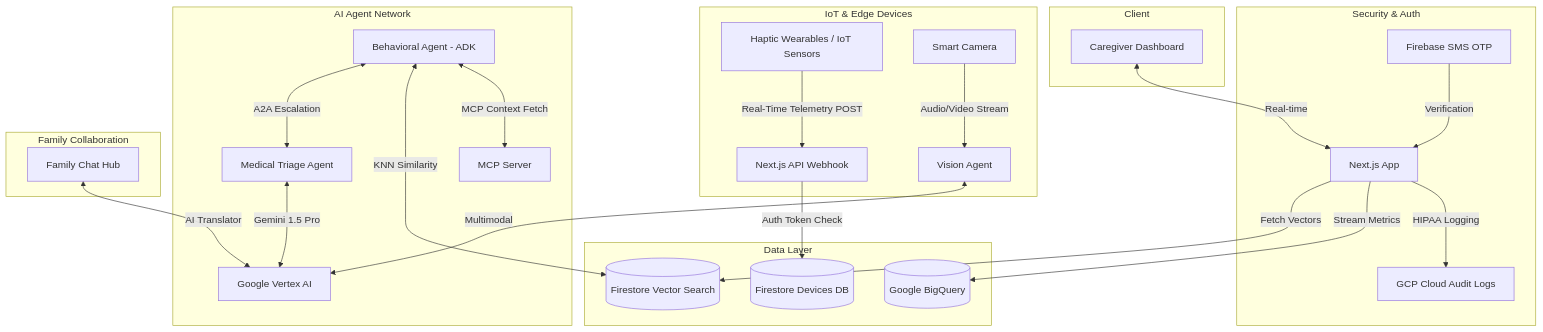
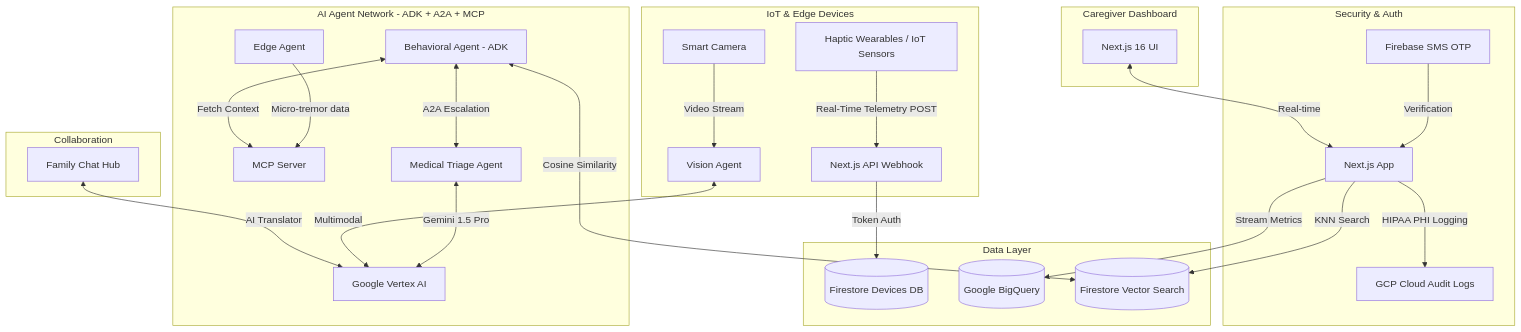
Before and after one commit to rockerspace/AuraCare-AI: the diagram in README.md, drawn with Mermaid. The commit also changed other lines of this file, not shown here.

Commit message:
docs: final README update - added Agent Chat chip table, Family Chat chip table, live IoT vitals table, full tech stack, updated architecture, and Cloud Run deployment guide

````diff
--- a/README.md
+++ b/README.md
@@ -104,34 +109,35 @@
 ```mermaid
 graph TD
     subgraph IoT & Edge Devices
         S[Haptic Wearables / IoT Sensors] -->|Real-Time Telemetry POST| Webhook[Next.js API Webhook]
-        Cam[Smart Camera] -->|Audio/Video Stream| VisionAgent[Vision Agent]
+        Cam[Smart Camera] -->|Video Stream| VisionAgent[Vision Agent]
     end
 
     subgraph Security & Auth
         Auth[Firebase SMS OTP] -->|Verification| App[Next.js App]
-        App -->|HIPAA Logging| Audit[GCP Cloud Audit Logs]
+        App -->|HIPAA PHI Logging| Audit[GCP Cloud Audit Logs]
     end
 
     subgraph Data Layer
-        Webhook -->|Auth Token Check| FirestoreDevices[(Firestore Devices DB)]
+        Webhook -->|Token Auth| FirestoreDevices[(Firestore Devices DB)]
         App -->|Stream Metrics| BQ[(Google BigQuery)]
-        App -->|Fetch Vectors| FirestoreVec[(Firestore Vector Search)]
+        App -->|KNN Search| FirestoreVec[(Firestore Vector Search)]
     end
 
-    subgraph AI Agent Network
-        GADK[Behavioral Agent - ADK] <-->|MCP Context Fetch| MCP[MCP Server]
-        GADK <-->|KNN Similarity| FirestoreVec
+    subgraph AI Agent Network - ADK + A2A + MCP
+        EdgeAgent[Edge Agent] -->|Micro-tremor data| MCP[MCP Server]
+        GADK[Behavioral Agent - ADK] <-->|Fetch Context| MCP
+        GADK <-->|Cosine Similarity| FirestoreVec
         GADK <-->|A2A Escalation| Triage[Medical Triage Agent]
         Triage <-->|Gemini 1.5 Pro| VertexAI[Google Vertex AI]
         VisionAgent <-->|Multimodal| VertexAI
     end
 
-    subgraph Family Collaboration
+    subgraph Collaboration
         FamilyHub[Family Chat Hub] <-->|AI Translator| VertexAI
     end
 
-    subgraph Client
-        Dashboard[Caregiver Dashboard] <-->|Real-time| App
+    subgraph Caregiver Dashboard
+        Dashboard[Next.js 16 UI] <-->|Real-time| App
     end
 ```
````
